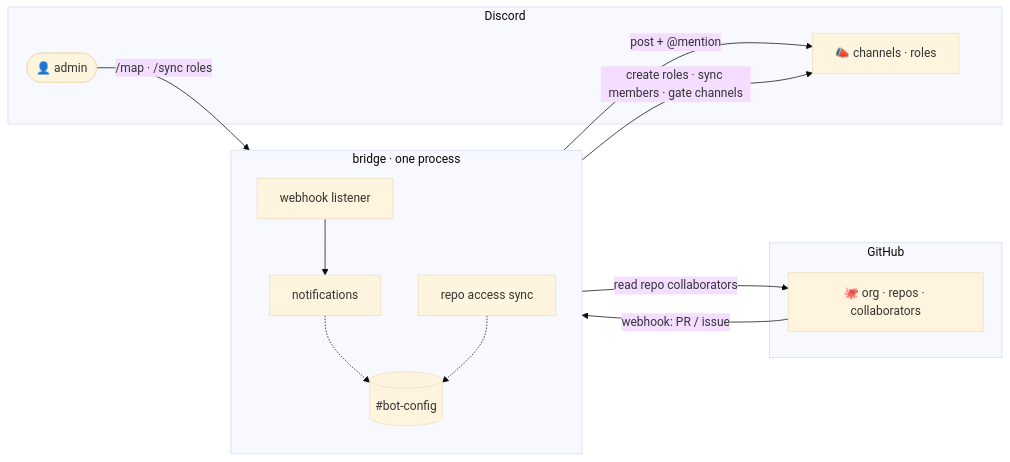
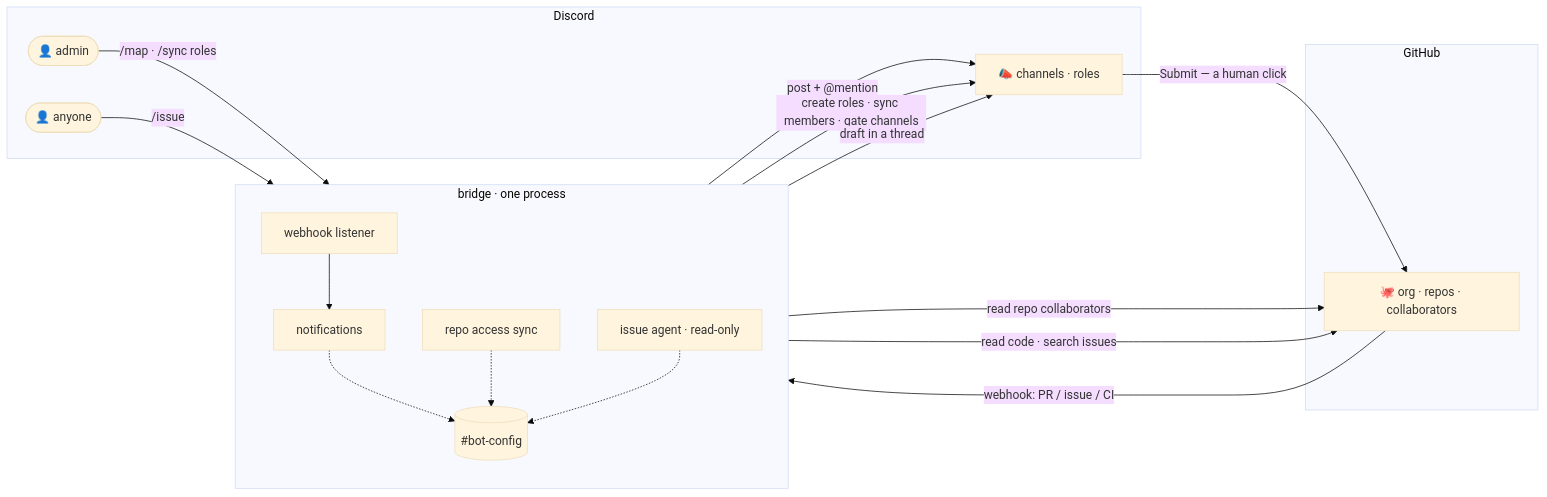
Before and after one commit to ranqialabs/workspace: the diagram in docs/index.md, drawn with Mermaid (base theme). The commit also changed other lines of this file and 7 other files, not shown here.

````diff
--- a/docs/index.md
+++ b/docs/index.md
@@ -56,28 +74,35 @@
 ```mermaid
 flowchart LR
   subgraph gh [GitHub]
     GH["🐙 org · repos · collaborators"]
   end
 
   subgraph bot [bridge · one process]
     direction TB
     W["webhook listener"]
     N["notifications"]
     S["repo access sync"]
+    I["issue agent · read-only"]
     CFG[("#bot-config")]
     W --> N
     N -.-> CFG
     S -.-> CFG
+    I -.-> CFG
   end
 
   subgraph dc [Discord]
     DC["📣 channels · roles"]
     A(["👤 admin"])
+    U(["👤 anyone"])
   end
 
-  GH -- "webhook: PR / issue" --> W
+  GH -- "webhook: PR / issue / CI" --> W
   N -- "post + @mention" --> DC
   A -- "/map · /sync roles" --> S
   S -- "read repo collaborators" --> GH
   S -- "create roles · sync members · gate channels" --> DC
+  U -- "/issue" --> I
+  I -- "read code · search issues" --> GH
+  I -- "draft in a thread" --> DC
+  DC -- "Submit — a human click" --> GH
 ```
````
